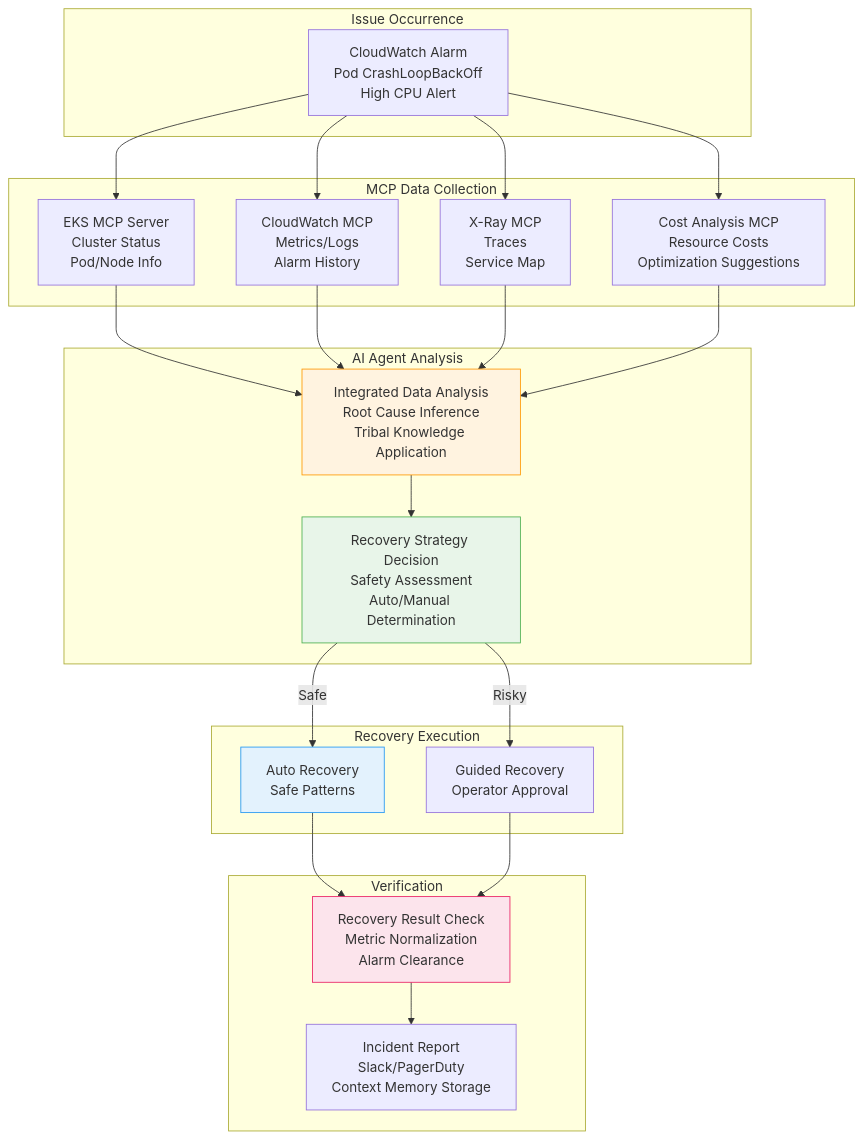
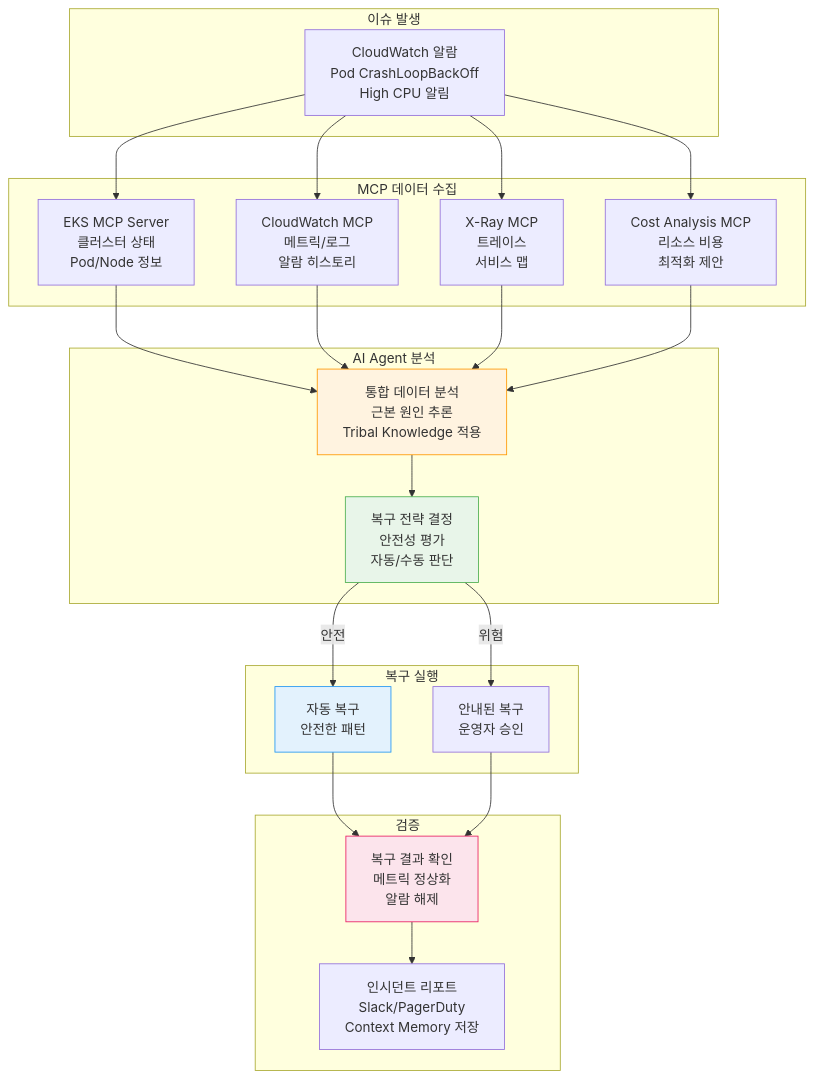
The seventh of 8 diagrams in i18n/en/docusaurus-plugin-content-docs/current/aidlc/aidlc-framework.md (devfloor9/engineering-playbook), drawn with Mermaid before and after one commit. The commit also changed other lines of this file and 95 other files, not shown here.

````diff
--- a/i18n/en/docusaurus-plugin-content-docs/current/aidlc/aidlc-framework.md
+++ b/i18n/en/docusaurus-plugin-content-docs/current/aidlc/aidlc-framework.md
@@ -1858,50 +1851,50 @@
 ```mermaid
 graph TB
-    subgraph Trigger["Issue Occurrence"]
-        EVENT["CloudWatch Alarm<br/>Pod CrashLoopBackOff<br/>High CPU Alert"]
-    end
+ subgraph Trigger["이슈 발생"]
+ EVENT["CloudWatch 알람<br/>Pod CrashLoopBackOff<br/>High CPU 알림"]
+ end
 
-    subgraph MCP_Layer["MCP Data Collection"]
-        EKS_MCP["EKS MCP Server<br/>Cluster Status<br/>Pod/Node Info"]
-        CW_MCP["CloudWatch MCP<br/>Metrics/Logs<br/>Alarm History"]
-        XRAY_MCP["X-Ray MCP<br/>Traces<br/>Service Map"]
-        COST_MCP["Cost Analysis MCP<br/>Resource Costs<br/>Optimization Suggestions"]
-    end
+ subgraph MCP_Layer["MCP 데이터 수집"]
+ EKS_MCP["EKS MCP Server<br/>클러스터 상태<br/>Pod/Node 정보"]
+ CW_MCP["CloudWatch MCP<br/>메트릭/로그<br/>알람 히스토리"]
+ XRAY_MCP["X-Ray MCP<br/>트레이스<br/>서비스 맵"]
+ COST_MCP["Cost Analysis MCP<br/>리소스 비용<br/>최적화 제안"]
+ end
 
-    subgraph AI_Agent["AI Agent Analysis"]
-        ANALYZE["Integrated Data Analysis<br/>Root Cause Inference<br/>Tribal Knowledge Application"]
-        DECISION["Recovery Strategy Decision<br/>Safety Assessment<br/>Auto/Manual Determination"]
-    end
+ subgraph AI_Agent["AI Agent 분석"]
+ ANALYZE["통합 데이터 분석<br/>근본 원인 추론<br/>Tribal Knowledge 적용"]
+ DECISION["복구 전략 결정<br/>안전성 평가<br/>자동/수동 판단"]
+ end
 
-    subgraph Remediation["Recovery Execution"]
-        AUTO["Auto Recovery<br/>Safe Patterns"]
-        GUIDED["Guided Recovery<br/>Operator Approval"]
-    end
+ subgraph Remediation["복구 실행"]
+ AUTO["자동 복구<br/>안전한 패턴"]
+ GUIDED["안내된 복구<br/>운영자 승인"]
+ end
 
-    subgraph Verification["Verification"]
-        VERIFY["Recovery Result Check<br/>Metric Normalization<br/>Alarm Clearance"]
-        REPORT["Incident Report<br/>Slack/PagerDuty<br/>Context Memory Storage"]
-    end
+ subgraph Verification["검증"]
+ VERIFY["복구 결과 확인<br/>메트릭 정상화<br/>알람 해제"]
+ REPORT["인시던트 리포트<br/>Slack/PagerDuty<br/>Context Memory 저장"]
+ end
 
-    EVENT --> EKS_MCP
-    EVENT --> CW_MCP
-    EVENT --> XRAY_MCP
-    EVENT --> COST_MCP
+ EVENT --> EKS_MCP
+ EVENT --> CW_MCP
+ EVENT --> XRAY_MCP
+ EVENT --> COST_MCP
 
-    EKS_MCP --> ANALYZE
-    CW_MCP --> ANALYZE
-    XRAY_MCP --> ANALYZE
-    COST_MCP --> ANALYZE
+ EKS_MCP --> ANALYZE
+ CW_MCP --> ANALYZE
+ XRAY_MCP --> ANALYZE
+ COST_MCP --> ANALYZE
 
-    ANALYZE --> DECISION
-    DECISION -->|Safe| AUTO
-    DECISION -->|Risky| GUIDED
-    AUTO --> VERIFY
-    GUIDED --> VERIFY
-    VERIFY --> REPORT
+ ANALYZE --> DECISION
+ DECISION -->|안전| AUTO
+ DECISION -->|위험| GUIDED
+ AUTO --> VERIFY
+ GUIDED --> VERIFY
+ VERIFY --> REPORT
 
-    style ANALYZE fill:#fff3e0,stroke:#ff9800
-    style DECISION fill:#e8f5e9,stroke:#4caf50
-    style AUTO fill:#e3f2fd,stroke:#2196f3
-    style VERIFY fill:#fce4ec,stroke:#e91e63
+ style ANALYZE fill:#fff3e0,stroke:#ff9800
+ style DECISION fill:#e8f5e9,stroke:#4caf50
+ style AUTO fill:#e3f2fd,stroke:#2196f3
+ style VERIFY fill:#fce4ec,stroke:#e91e63
 ```
````
